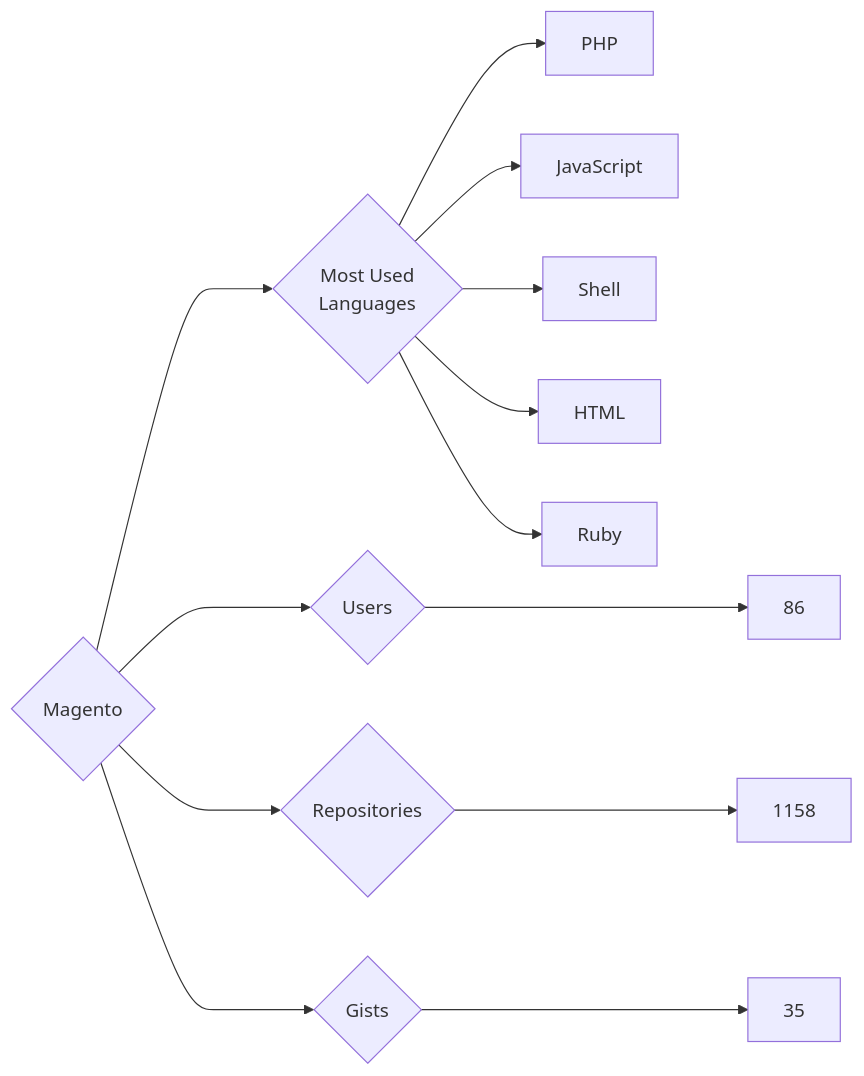
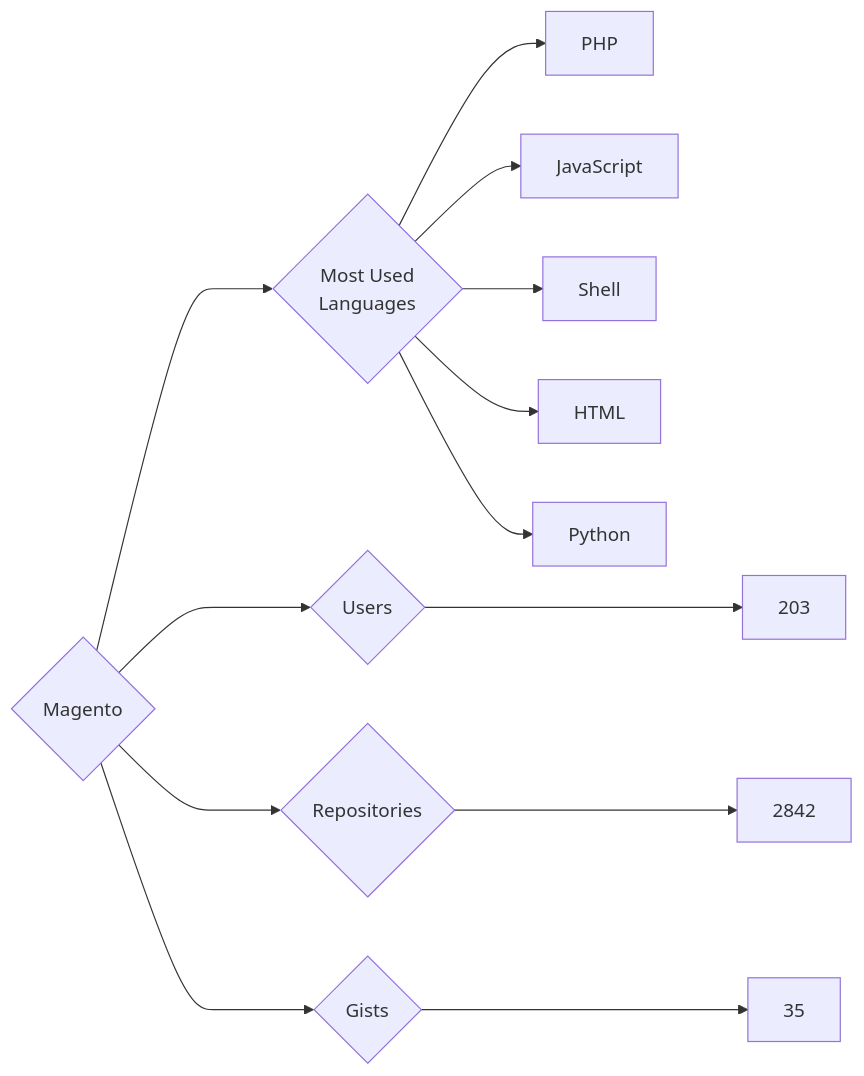
Before and after one commit to trickest/insiders: the diagram in targets/Magento/README.md, drawn with Mermaid. The commit also changed 1084 other files, not shown here.

````diff
--- a/targets/Magento/README.md
+++ b/targets/Magento/README.md
@@ -3,13 +3,13 @@
 ```mermaid
 graph LR
 COMPANY_NAME{Magento}
-COMPANY_NAME ---> U{Users} ---> UN[86]
-COMPANY_NAME ---> R{Repositories} ---> RN[1158]
+COMPANY_NAME ---> U{Users} ---> UN[203]
+COMPANY_NAME ---> R{Repositories} ---> RN[2842]
 COMPANY_NAME ---> G{Gists} ---> GN[35]
 COMPANY_NAME ---> ML{Most Used<br>Languages}
 ML --> PHP[PHP]
 ML --> JavaScript[JavaScript]
 ML --> Shell[Shell]
 ML --> HTML[HTML]
-ML --> Ruby[Ruby]
+ML --> Python[Python]
 ```
````
